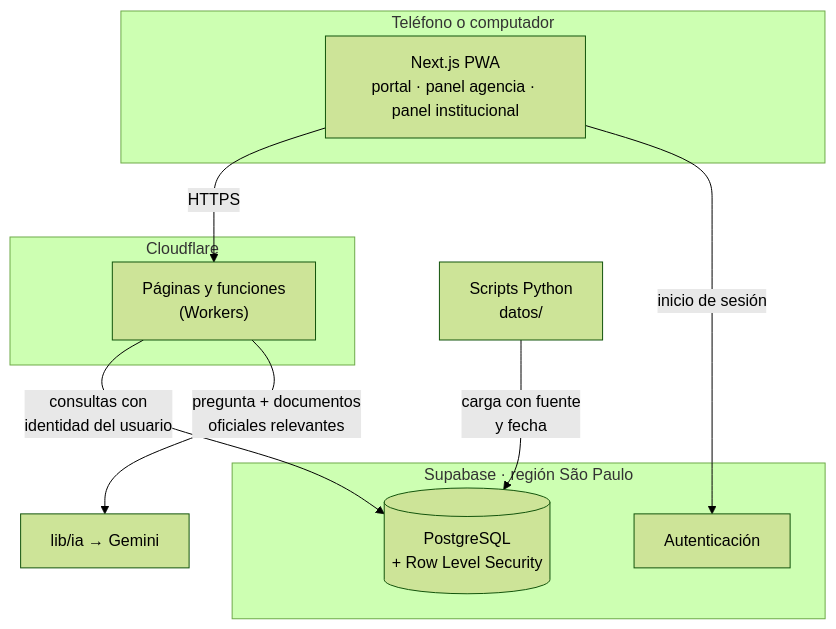
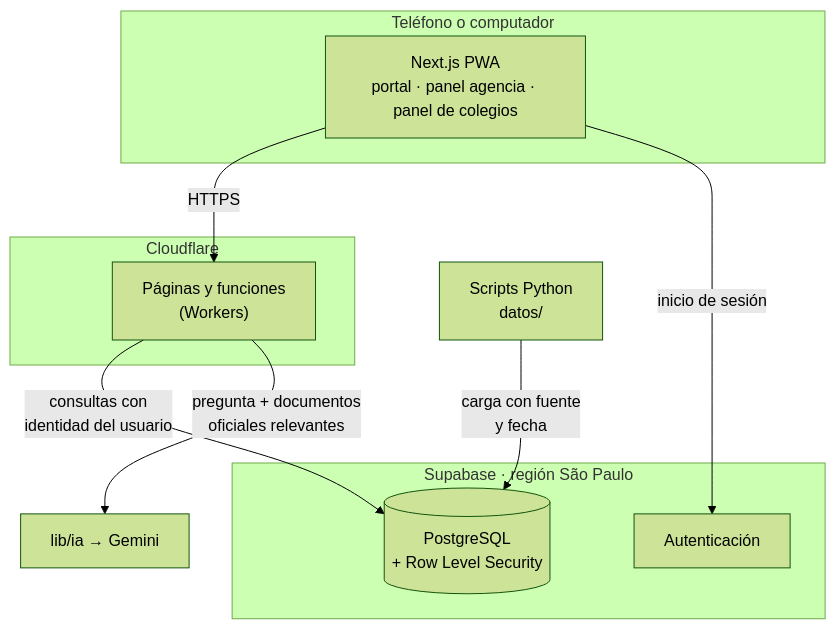
The second of 7 diagrams in docs/arquitectura.md (AE-SE/Agencia-de-Enlaces-y-Seguimiento-Estudiantil), drawn with Mermaid (forest theme) before and after one commit. The commit also changed other lines of this file and 69 other files, not shown here.

````diff
--- a/docs/arquitectura.md
+++ b/docs/arquitectura.md
@@ -25,19 +27,19 @@
 ```mermaid
 flowchart TB
     subgraph Navegador["Teléfono o computador"]
-        PWA["Next.js PWA<br/>portal · panel agencia · panel institucional"]
+        PWA["Next.js PWA<br/>portal · panel agencia · panel de colegios"]
     end
     subgraph Cloudflare
         SSR["Páginas y funciones<br/>(Workers)"]
     end
     subgraph Supabase["Supabase · región São Paulo"]
         DB[("PostgreSQL<br/>+ Row Level Security")]
         AUTH["Autenticación"]
     end
     ETL["Scripts Python<br/>datos/"]
     PWA -->|"HTTPS"| SSR
     SSR -->|"consultas con<br/>identidad del usuario"| DB
     PWA -->|"inicio de sesión"| AUTH
     SSR -->|"pregunta + documentos<br/>oficiales relevantes"| IA["lib/ia → Gemini"]
     ETL -->|"carga con fuente<br/>y fecha"| DB
 ```
````
